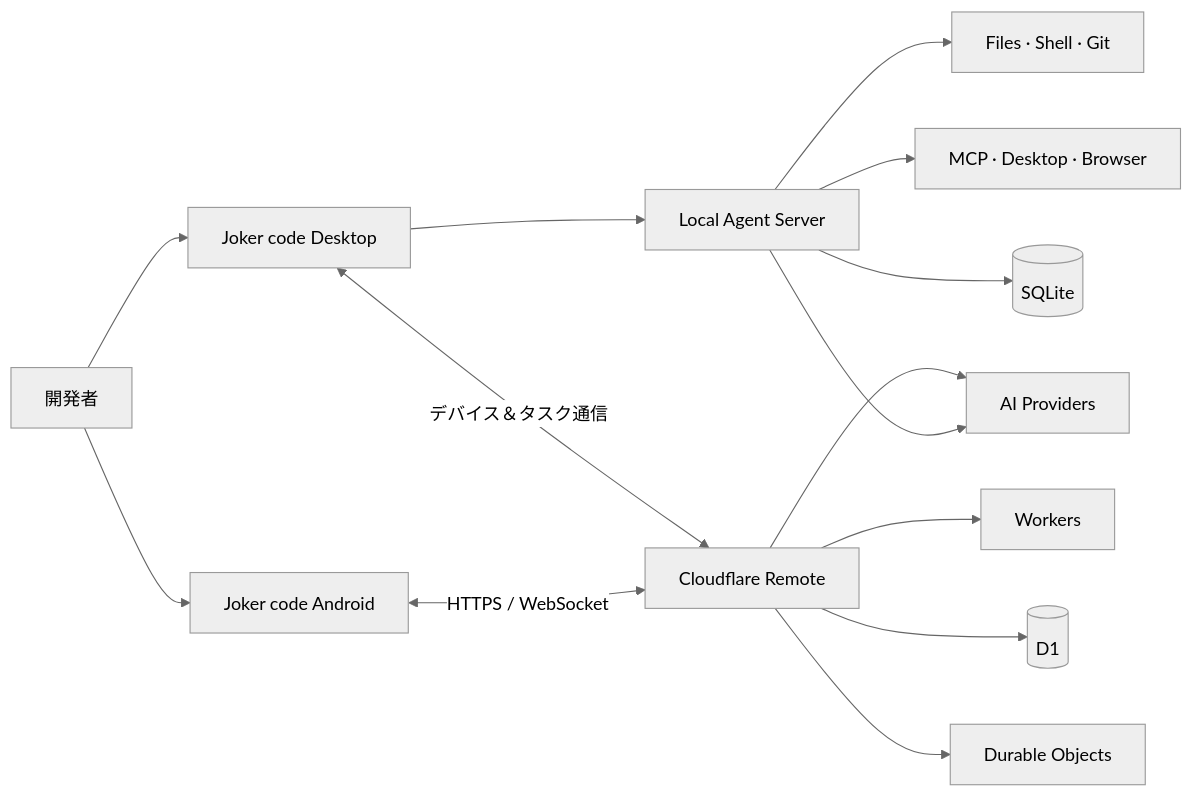
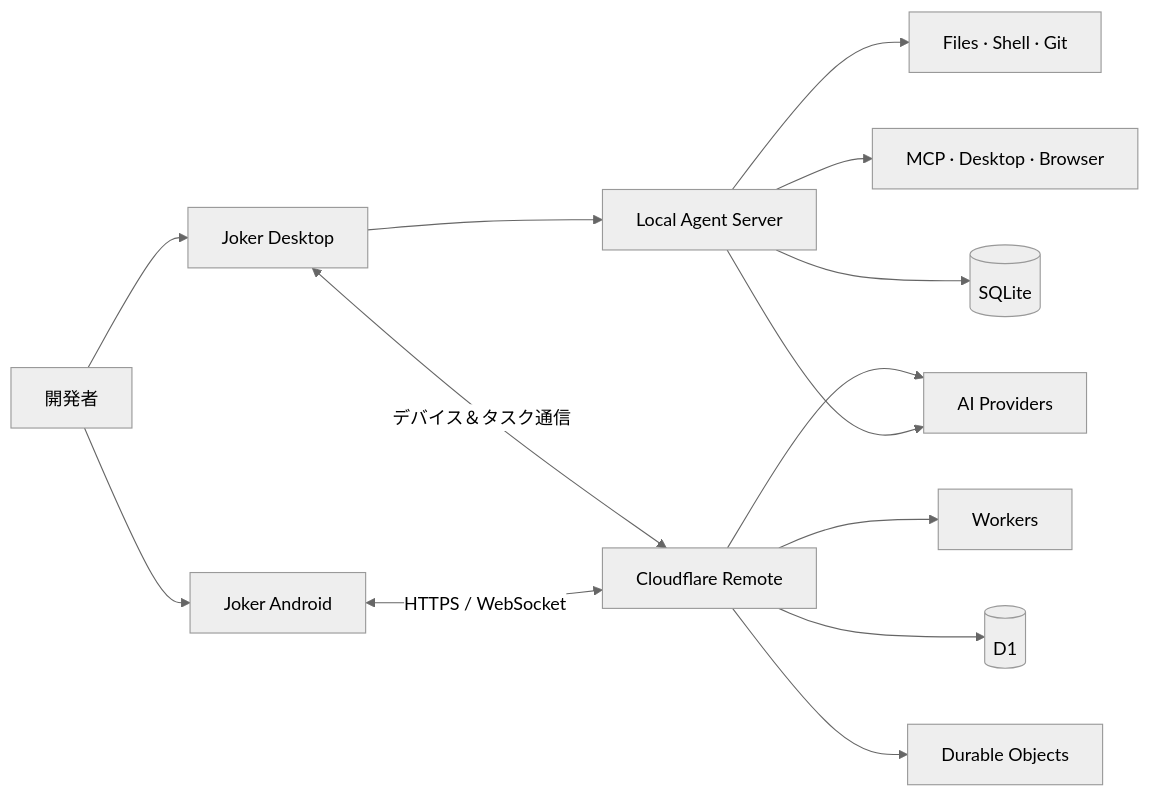
Before and after one commit to kdczyz/Joker: the diagram in README.ja.md, drawn with Mermaid (neutral theme). The commit also changed other lines of this file and 21 other files, not shown here.

First line of the commit message:
docs: add centered logo and rename Joker code → Joker; add Cloudflare OAuth settings

````diff
--- a/README.ja.md
+++ b/README.ja.md
@@ -53,18 +55,18 @@
 ```mermaid
 flowchart LR
-    U[開発者] --> D[Joker code Desktop]
-    U --> M[Joker code Android]
+    U[開発者] --> D[Joker Desktop]
+    U --> M[Joker Android]
 
     D --> A[Local Agent Server]
     A --> P[AI Providers]
     A --> T[Files · Shell · Git]
     A --> X[MCP · Desktop · Browser]
     A --> S[(SQLite)]
 
     M <-->|HTTPS / WebSocket| C[Cloudflare Remote]
     D <-->|デバイス＆タスク通信| C
     C --> W[Workers]
     C --> DB[(D1)]
     C --> DO[Durable Objects]
     C --> P
 ```
````
